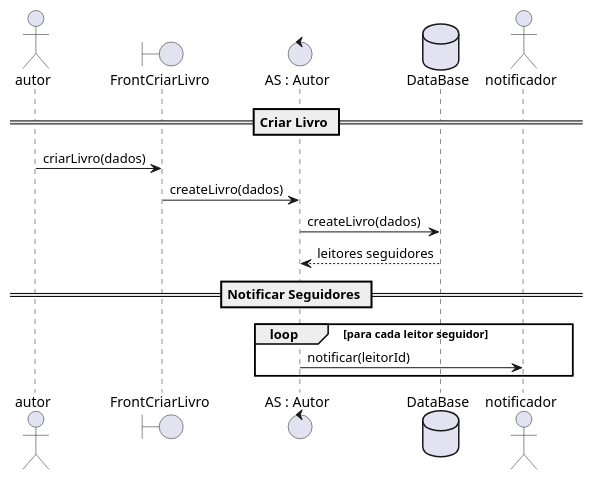
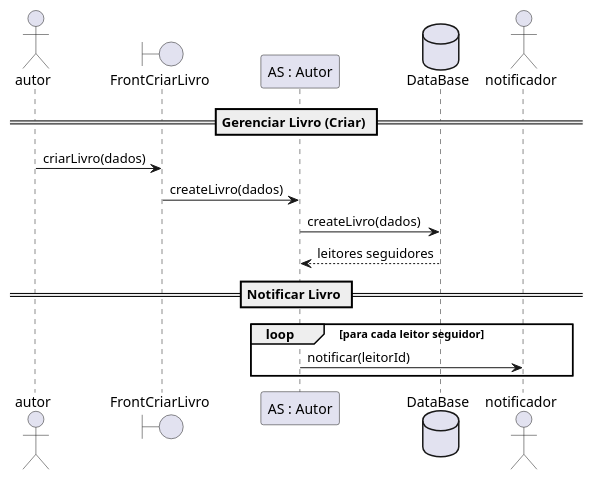
One commit to ThiagoAndradeRamalho/BibliotecaPessoal changed the diagram in docs/diagramas/sequenciaNotificar.plantuml. Above: the diagram before and after it, drawn with PlantUML. The commit also changed 2 other files, not shown here.

```diff
--- a/docs/diagramas/sequenciaNotificar.plantuml
+++ b/docs/diagramas/sequenciaNotificar.plantuml
@@ -1,18 +1,18 @@
 @startuml Biblioteca Pessoal Sequencia Notifição
     actor autor
     boundary FrontCriarLivro
-    control "AS : Autor" as Autor
+    participant "AS : Autor" as Autor
     database DataBase
     actor notificador
 
-    == Criar Livro ==
+    == Gerenciar Livro (Criar) ==
     autor -> FrontCriarLivro : criarLivro(dados)
     FrontCriarLivro -> Autor : createLivro(dados)
     Autor -> DataBase : createLivro(dados)
     DataBase --> Autor : leitores seguidores
 
-    == Notificar Seguidores ==
+    == Notificar Livro ==
     loop para cada leitor seguidor
         Autor -> notificador : notificar(leitorId)
     end
 @enduml
```
